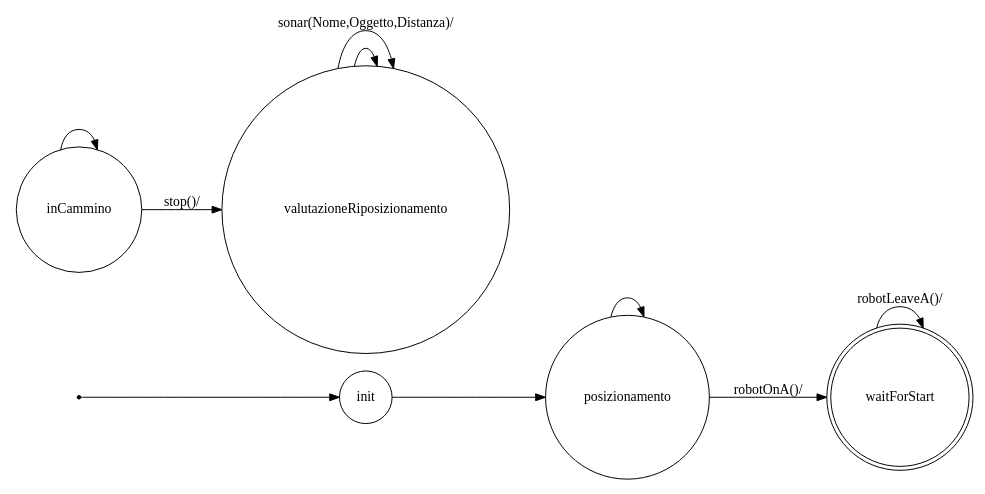
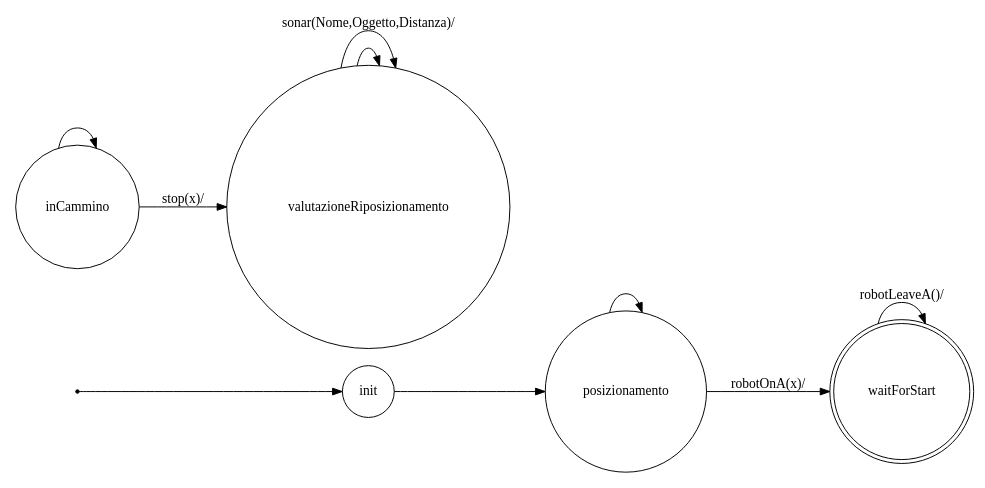
The diagram in Model2/srcMore/it/unibo/robotmind/dotFsm.gv (sabbio93/QRobotEvitaMuri), drawn with Graphviz before and after one commit. The commit also changed 16 other files, not shown here.

```diff
--- a/Model2/srcMore/it/unibo/robotmind/dotFsm.gv
+++ b/Model2/srcMore/it/unibo/robotmind/dotFsm.gv
@@ -1,31 +1,31 @@
 /*
 *
 * A GraphViz DOT FSM description 
 * Please use a GraphViz visualizer (like http://www.webgraphviz.com)
 * 
 * Generated by AM,NC,RM
 *  
 */
  
 digraph finite_state_machine {
   	rankdir=LR;
   	size="8,5"
   	node [shape = point]; iniziale;
   	node [shape = doublecircle]; waitForStart; 
   	node [shape = circle];
   	iniziale -> init [label = ""];
   	
   	
   	init -> posizionamento [ label = ""];
   	
   	posizionamento -> posizionamento [ label = ""];
-  	posizionamento -> waitForStart [ label = "robotOnA()/"];
+  	posizionamento -> waitForStart [ label = "robotOnA(x)/"];
   	
   	waitForStart -> waitForStart [ label = "robotLeaveA()/"];
   	
   	inCammino -> inCammino [ label = ""];
-  	inCammino -> valutazioneRiposizionamento [ label = "stop()/"];
+  	inCammino -> valutazioneRiposizionamento [ label = "stop(x)/"];
   	
   	valutazioneRiposizionamento -> valutazioneRiposizionamento [ label = ""];
   	valutazioneRiposizionamento -> valutazioneRiposizionamento [ label = "sonar(Nome,Oggetto,Distanza)/"];
 }
```
